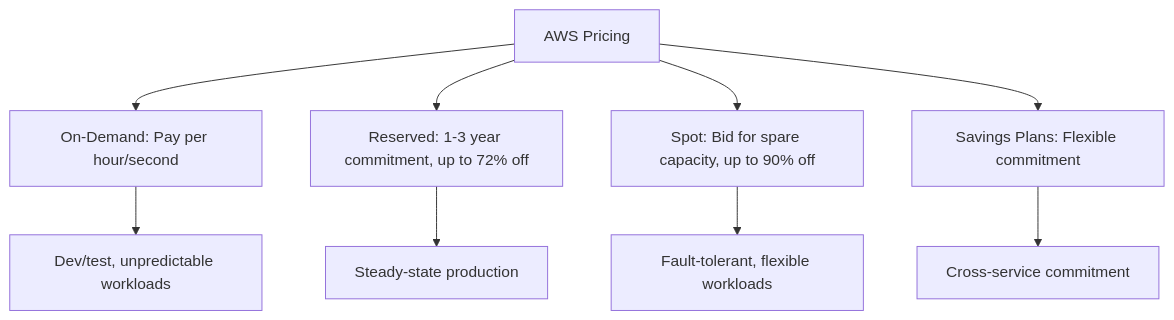
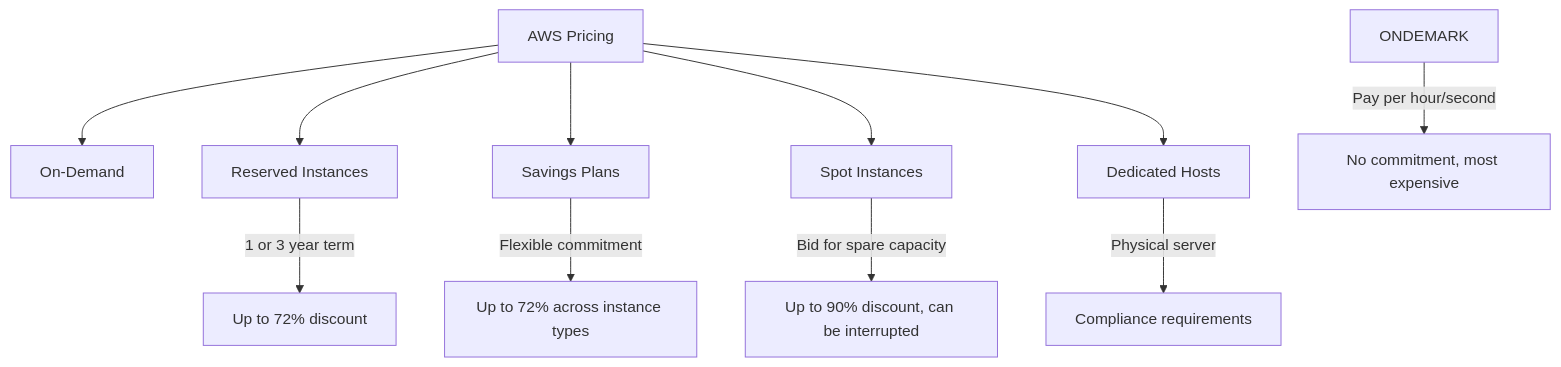
Before and after one commit to vanos001/placement_prep: the fourth of 6 diagrams in src/cloud/aws/README.md, drawn with Mermaid. The commit also changed other lines of this file and 22 other files, not shown here.

````diff
--- a/src/cloud/aws/README.md
+++ b/src/cloud/aws/README.md
@@ -75,12 +127,14 @@
 ```mermaid
-graph TD
-    PRICING[AWS Pricing] --> ON_DEMAND[On-Demand: Pay per hour/second]
-    PRICING --> RESERVED[Reserved: 1-3 year commitment, up to 72% off]
-    PRICING --> SPOT[Spot: Bid for spare capacity, up to 90% off]
-    PRICING --> SAVINGS[Savings Plans: Flexible commitment]
+graph TB
+    PRICING[AWS Pricing] --> ONDEMAND[On-Demand]
+    PRICING --> RI[Reserved Instances]
+    PRICING --> SP[Savings Plans]
+    PRICING --> SPOT[Spot Instances]
+    PRICING --> DED[Dedicated Hosts]
 
-    ON_DEMAND --> OD1[Dev/test, unpredictable workloads]
-    RESERVED --> R1[Steady-state production]
-    SPOT --> S1[Fault-tolerant, flexible workloads]
-    SAVINGS --> SV1[Cross-service commitment]
+    ONDEMARK --> |Pay per hour/second| OD_DESC[No commitment, most expensive]
+    RI --> |1 or 3 year term| RI_DESC[Up to 72% discount]
+    SP --> |Flexible commitment| SP_DESC[Up to 72% across instance types]
+    SPOT --> |Bid for spare capacity| SPT_DESC[Up to 90% discount, can be interrupted]
+    DED --> |Physical server| DD_DESC[Compliance requirements]
 ```
````
